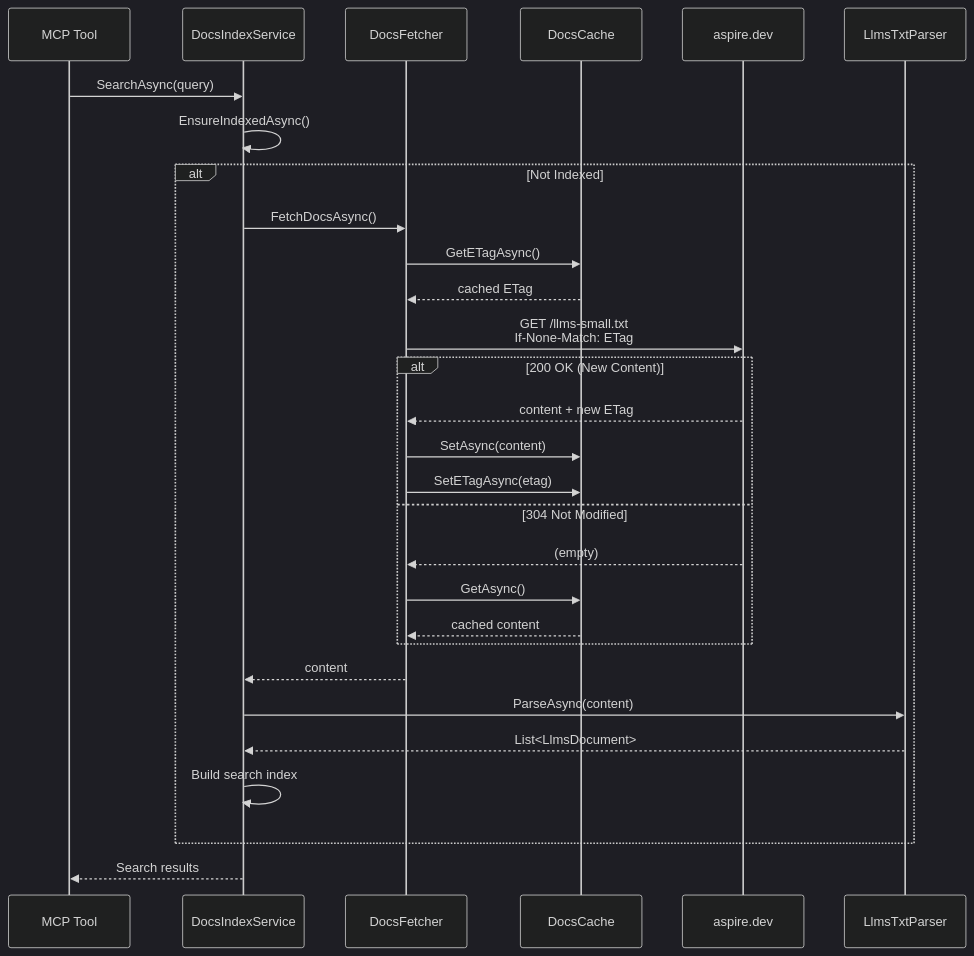
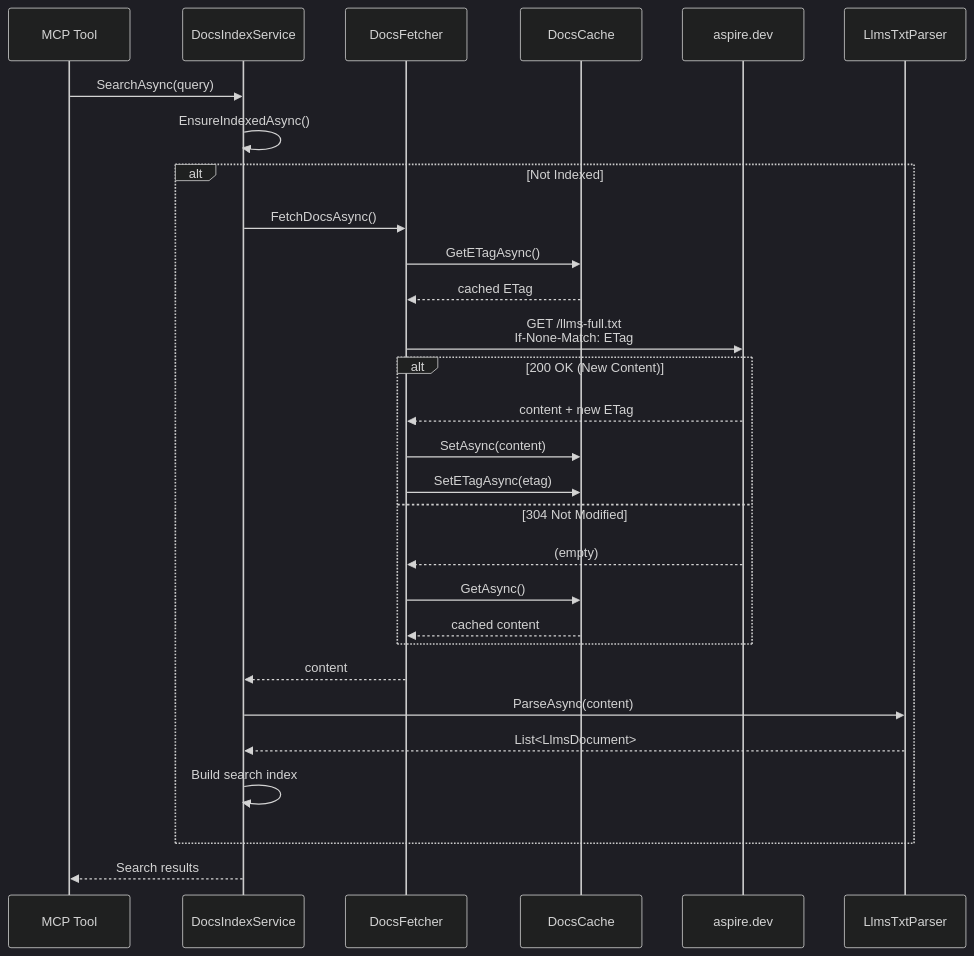
One commit to microsoft/aspire changed the second of 2 diagrams in docs/specs/mcp-docs-search.md. Above: the diagram before and after it, drawn with Mermaid (dark theme). The commit also changed other lines of this file and 5 other files, not shown here.

First line of the commit message:
Switch CLI docs default source to llms-full.txt

````diff
--- a/docs/specs/mcp-docs-search.md
+++ b/docs/specs/mcp-docs-search.md
@@ -109,37 +109,37 @@
 ```mermaid
 sequenceDiagram
     participant Tool as MCP Tool
     participant Index as DocsIndexService
     participant Fetcher as DocsFetcher
     participant Cache as DocsCache
     participant Web as aspire.dev
     participant Parser as LlmsTxtParser
 
     Tool->>Index: SearchAsync(query)
     Index->>Index: EnsureIndexedAsync()
 
     alt Not Indexed
         Index->>Fetcher: FetchDocsAsync()
         Fetcher->>Cache: GetETagAsync()
         Cache-->>Fetcher: cached ETag
 
-        Fetcher->>Web: GET /llms-small.txt<br/>If-None-Match: ETag
+        Fetcher->>Web: GET /llms-full.txt<br/>If-None-Match: ETag
 
         alt 200 OK (New Content)
             Web-->>Fetcher: content + new ETag
             Fetcher->>Cache: SetAsync(content)
             Fetcher->>Cache: SetETagAsync(etag)
         else 304 Not Modified
             Web-->>Fetcher: (empty)
             Fetcher->>Cache: GetAsync()
             Cache-->>Fetcher: cached content
         end
 
         Fetcher-->>Index: content
         Index->>Parser: ParseAsync(content)
         Parser-->>Index: List<LlmsDocument>
         Index->>Index: Build search index
     end
 
     Index-->>Tool: Search results
 ```
````
